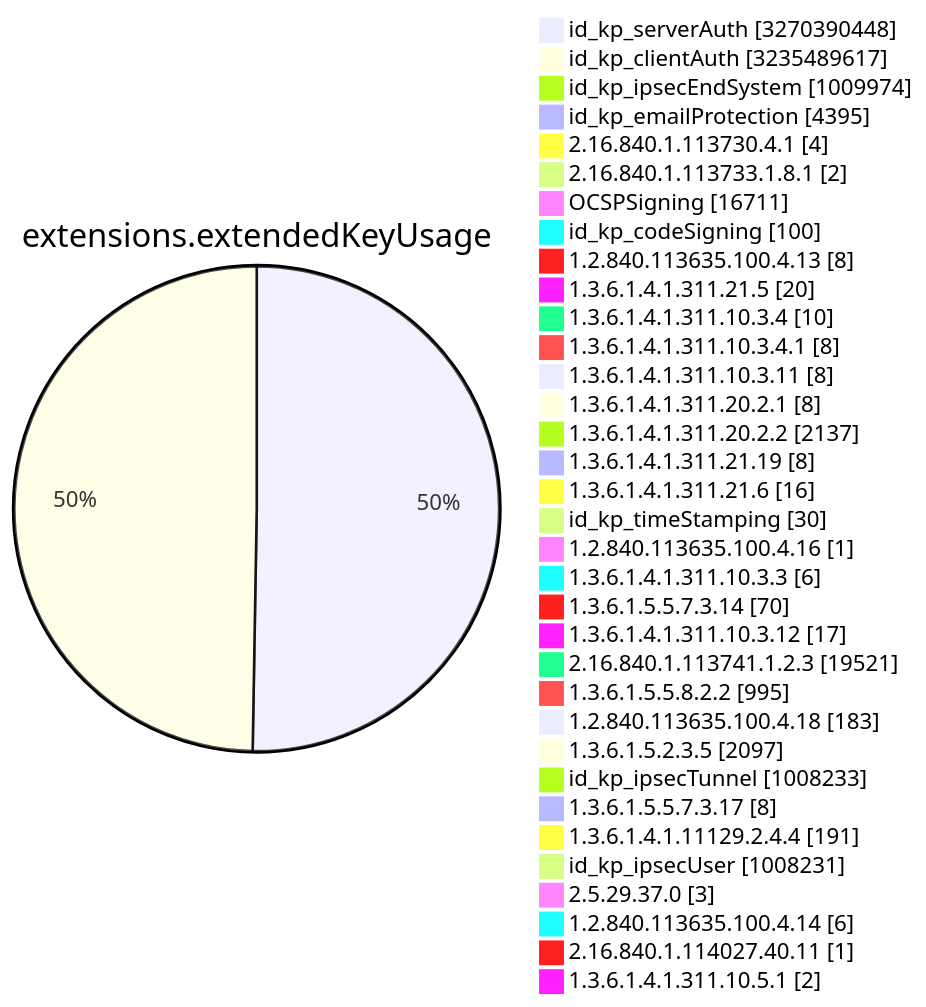
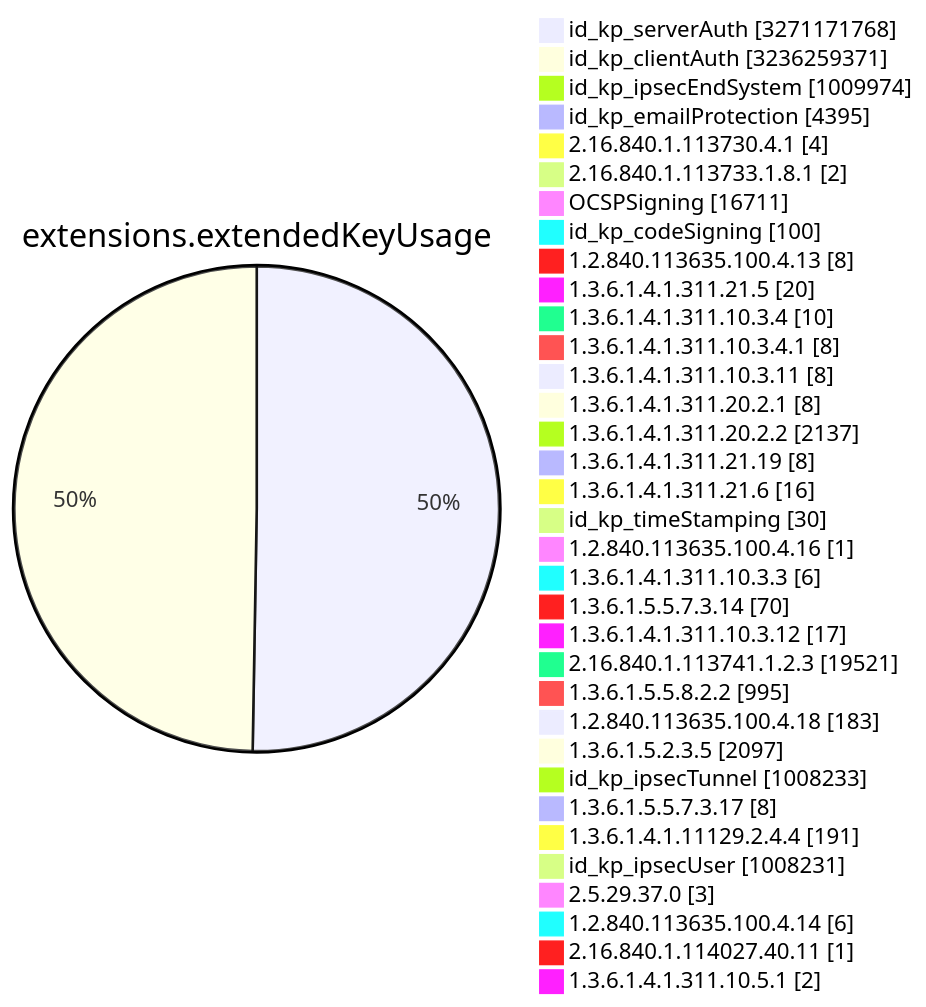
Before and after one commit to christiankrug/ctmonitor_visualization: diagram 11 of 15 in TOTAL/README.md, drawn with Mermaid. The commit also changed other lines of this file, not shown here.

````diff
--- a/TOTAL/README.md
+++ b/TOTAL/README.md
@@ -4119,38 +4119,38 @@
 ```mermaid
 pie showData
 title extensions.extendedKeyUsage
-"id_kp_serverAuth" :3270390448
-"id_kp_clientAuth" :3235489617
+"id_kp_serverAuth" :3271171768
+"id_kp_clientAuth" :3236259371
 "id_kp_ipsecEndSystem" :1009974
 "id_kp_emailProtection" :4395
 "2.16.840.1.113730.4.1" :4
 "2.16.840.1.113733.1.8.1" :2
 "OCSPSigning" :16711
 "id_kp_codeSigning" :100
 "1.2.840.113635.100.4.13" :8
 "1.3.6.1.4.1.311.21.5" :20
 "1.3.6.1.4.1.311.10.3.4" :10
 "1.3.6.1.4.1.311.10.3.4.1" :8
 "1.3.6.1.4.1.311.10.3.11" :8
 "1.3.6.1.4.1.311.20.2.1" :8
 "1.3.6.1.4.1.311.20.2.2" :2137
 "1.3.6.1.4.1.311.21.19" :8
 "1.3.6.1.4.1.311.21.6" :16
 "id_kp_timeStamping" :30
 "1.2.840.113635.100.4.16" :1
 "1.3.6.1.4.1.311.10.3.3" :6
 "1.3.6.1.5.5.7.3.14" :70
 "1.3.6.1.4.1.311.10.3.12" :17
 "2.16.840.1.113741.1.2.3" :19521
 "1.3.6.1.5.5.8.2.2" :995
 "1.2.840.113635.100.4.18" :183
 "1.3.6.1.5.2.3.5" :2097
 "id_kp_ipsecTunnel" :1008233
 "1.3.6.1.5.5.7.3.17" :8
 "1.3.6.1.4.1.11129.2.4.4" :191
 "id_kp_ipsecUser" :1008231
 "2.5.29.37.0" :3
 "1.2.840.113635.100.4.14" :6
 "2.16.840.1.114027.40.11" :1
 "1.3.6.1.4.1.311.10.5.1" :2
 ```
````
